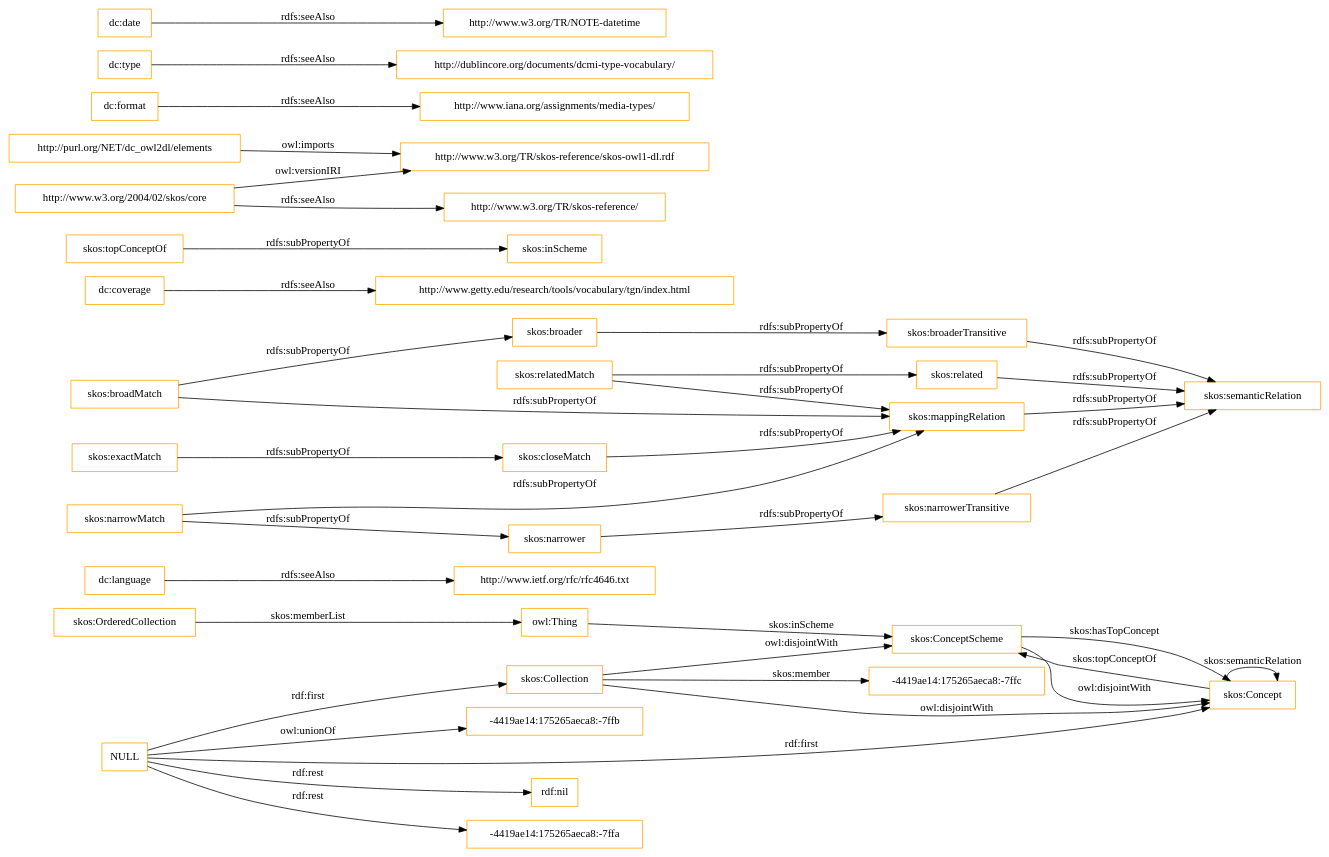
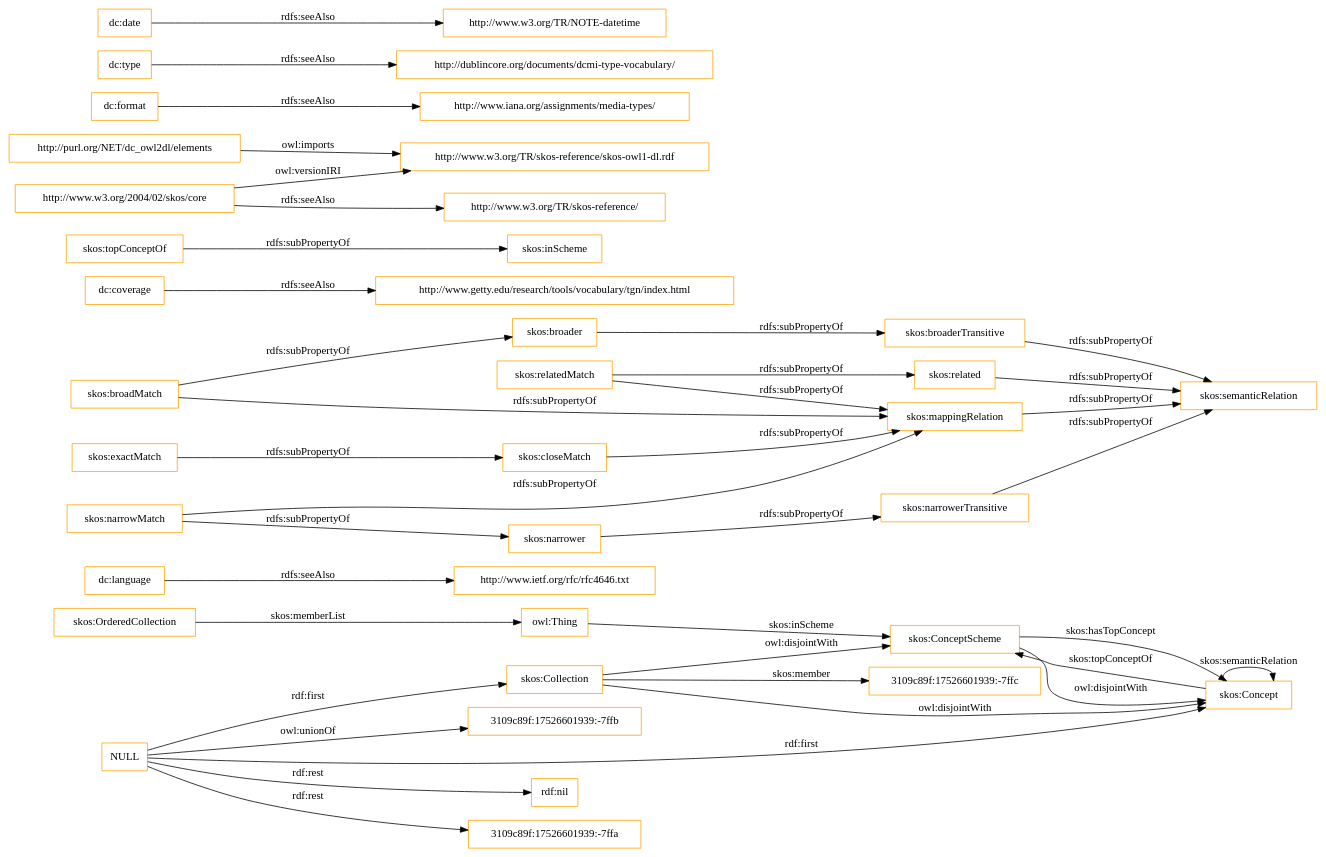
Before and after one commit to OnToologyUser/core-ontology-1: the diagram in OnToology/imports/elements.owl/diagrams/ar2dtool-class/elements.owl.png.dot, drawn with Graphviz. The commit also changed 14 other files, not shown here.

```diff
--- a/OnToology/imports/elements.owl/diagrams/ar2dtool-class/elements.owl.png.dot
+++ b/OnToology/imports/elements.owl/diagrams/ar2dtool-class/elements.owl.png.dot
@@ -1,43 +1,43 @@
 digraph ar2dtool_diagram { 
 rankdir=LR;
 size="1501"
-node [shape = rectangle, color="orange"]; "-4419ae14:175265aeca8:-7ffc" "skos:OrderedCollection" "skos:Collection" "skos:ConceptScheme" "skos:Concept" ; /*classes style*/
+node [shape = rectangle, color="orange"]; "3109c89f:17526601939:-7ffc" "skos:OrderedCollection" "skos:Collection" "skos:ConceptScheme" "skos:Concept" ; /*classes style*/
 	"dc:language" -> "http://www.ietf.org/rfc/rfc4646.txt" [ label = "rdfs:seeAlso" ];
 	"NULL" -> "rdf:nil" [ label = "rdf:rest" ];
 	"NULL" -> "skos:Collection" [ label = "rdf:first" ];
-	"NULL" -> "-4419ae14:175265aeca8:-7ffa" [ label = "rdf:rest" ];
+	"NULL" -> "3109c89f:17526601939:-7ffa" [ label = "rdf:rest" ];
 	"NULL" -> "skos:Concept" [ label = "rdf:first" ];
-	"NULL" -> "-4419ae14:175265aeca8:-7ffb" [ label = "owl:unionOf" ];
+	"NULL" -> "3109c89f:17526601939:-7ffb" [ label = "owl:unionOf" ];
 	"skos:closeMatch" -> "skos:mappingRelation" [ label = "rdfs:subPropertyOf" ];
 	"dc:coverage" -> "http://www.getty.edu/research/tools/vocabulary/tgn/index.html" [ label = "rdfs:seeAlso" ];
 	"skos:relatedMatch" -> "skos:related" [ label = "rdfs:subPropertyOf" ];
 	"skos:relatedMatch" -> "skos:mappingRelation" [ label = "rdfs:subPropertyOf" ];
 	"skos:ConceptScheme" -> "skos:Concept" [ label = "owl:disjointWith" ];
 	"skos:related" -> "skos:semanticRelation" [ label = "rdfs:subPropertyOf" ];
 	"skos:topConceptOf" -> "skos:inScheme" [ label = "rdfs:subPropertyOf" ];
 	"skos:broadMatch" -> "skos:broader" [ label = "rdfs:subPropertyOf" ];
 	"skos:broadMatch" -> "skos:mappingRelation" [ label = "rdfs:subPropertyOf" ];
 	"http://purl.org/NET/dc_owl2dl/elements" -> "http://www.w3.org/TR/skos-reference/skos-owl1-dl.rdf" [ label = "owl:imports" ];
 	"skos:exactMatch" -> "skos:closeMatch" [ label = "rdfs:subPropertyOf" ];
 	"dc:format" -> "http://www.iana.org/assignments/media-types/" [ label = "rdfs:seeAlso" ];
 	"skos:broaderTransitive" -> "skos:semanticRelation" [ label = "rdfs:subPropertyOf" ];
 	"dc:type" -> "http://dublincore.org/documents/dcmi-type-vocabulary/" [ label = "rdfs:seeAlso" ];
 	"skos:broader" -> "skos:broaderTransitive" [ label = "rdfs:subPropertyOf" ];
 	"skos:mappingRelation" -> "skos:semanticRelation" [ label = "rdfs:subPropertyOf" ];
 	"http://www.w3.org/2004/02/skos/core" -> "http://www.w3.org/TR/skos-reference/skos-owl1-dl.rdf" [ label = "owl:versionIRI" ];
 	"http://www.w3.org/2004/02/skos/core" -> "http://www.w3.org/TR/skos-reference/" [ label = "rdfs:seeAlso" ];
 	"skos:Collection" -> "skos:ConceptScheme" [ label = "owl:disjointWith" ];
 	"skos:Collection" -> "skos:Concept" [ label = "owl:disjointWith" ];
 	"skos:narrowMatch" -> "skos:narrower" [ label = "rdfs:subPropertyOf" ];
 	"skos:narrowMatch" -> "skos:mappingRelation" [ label = "rdfs:subPropertyOf" ];
 	"skos:narrower" -> "skos:narrowerTransitive" [ label = "rdfs:subPropertyOf" ];
 	"dc:date" -> "http://www.w3.org/TR/NOTE-datetime" [ label = "rdfs:seeAlso" ];
 	"skos:narrowerTransitive" -> "skos:semanticRelation" [ label = "rdfs:subPropertyOf" ];
 	"skos:OrderedCollection" -> "owl:Thing" [ label = "skos:memberList" ];
 	"skos:Concept" -> "skos:ConceptScheme" [ label = "skos:topConceptOf" ];
 	"skos:Concept" -> "skos:Concept" [ label = "skos:semanticRelation" ];
-	"skos:Collection" -> "-4419ae14:175265aeca8:-7ffc" [ label = "skos:member" ];
+	"skos:Collection" -> "3109c89f:17526601939:-7ffc" [ label = "skos:member" ];
 	"skos:ConceptScheme" -> "skos:Concept" [ label = "skos:hasTopConcept" ];
 	"owl:Thing" -> "skos:ConceptScheme" [ label = "skos:inScheme" ];
 
 }
```
